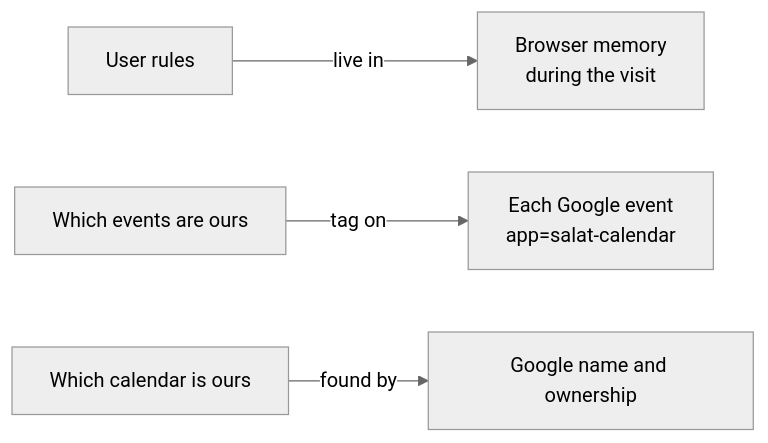
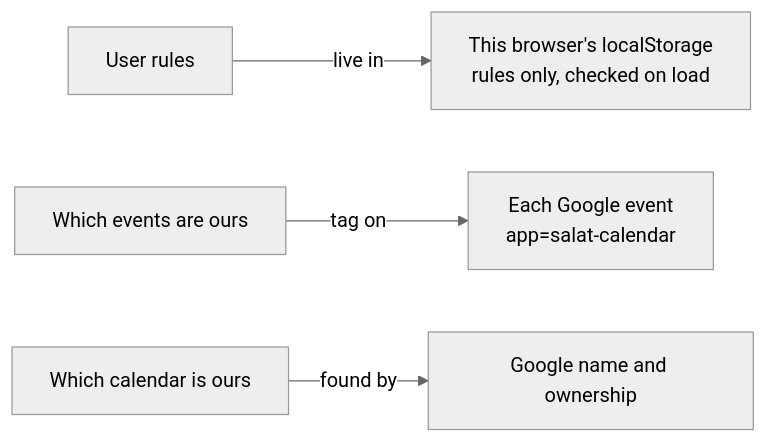
Before and after one commit to hijri-js/salat-calendar: diagram 12 of 13 in docs/ARCHITECTURE.md, drawn with Mermaid (neutral theme). The commit also changed other lines of this file and 10 other files, not shown here.

````diff
--- a/docs/ARCHITECTURE.md
+++ b/docs/ARCHITECTURE.md
@@ -321,6 +321,6 @@
 ```mermaid
 flowchart LR
-    A[User rules] -->|live in| B[Browser memory<br/>during the visit]
+    A[User rules] -->|live in| B[This browser's localStorage<br/>rules only, checked on load]
     C[Which events are ours] -->|tag on| D[Each Google event<br/>app=salat-calendar]
     E[Which calendar is ours] -->|found by| F[Google name and ownership]
 ```
````
